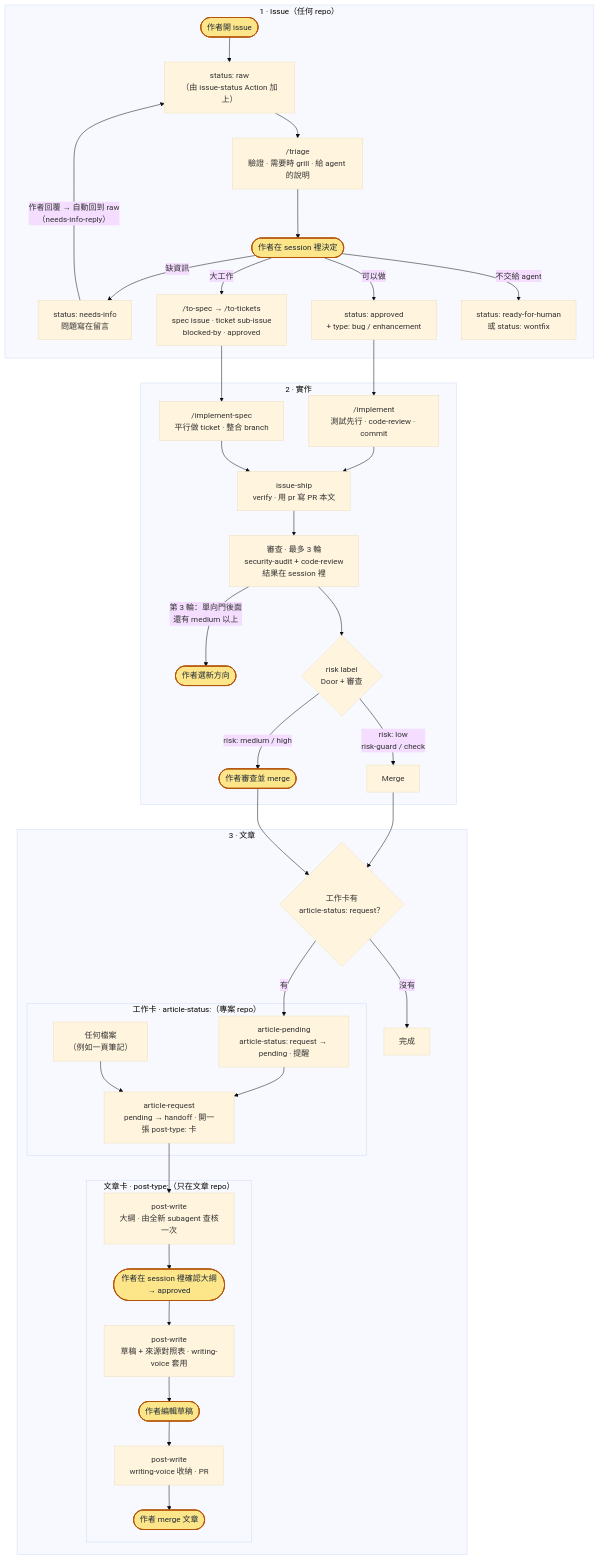
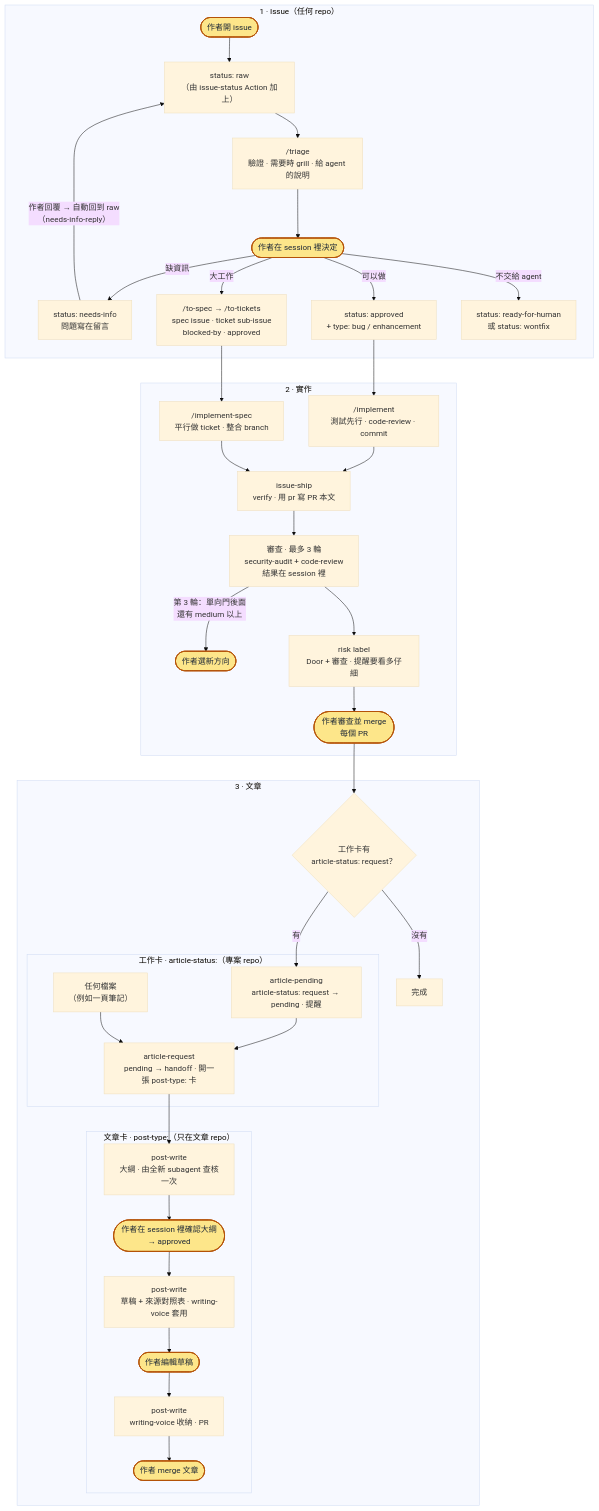
Before and after one commit to sean2249/skills: the first of 2 diagrams in README.zh-TW.md, drawn with Mermaid (base theme). The commit also changed other lines of this file and 17 other files, not shown here.

First line of the commit message:
Nothing merges automatically; retire risk-guard

````diff
--- a/README.zh-TW.md
+++ b/README.zh-TW.md
@@ -57,50 +57,48 @@
 ```mermaid
 flowchart TD
   subgraph ISSUE["1 · Issue（任何 repo）"]
     A(["作者開 issue"]):::author --> B["status: raw<br/>（由 issue-status Action 加上）"]
     B --> T["/triage<br/>驗證 · 需要時 grill · 給 agent 的說明"]
     T --> D(["作者在 session 裡決定"]):::author
     D -->|缺資訊| NI["status: needs-info<br/>問題寫在留言"]
     NI -->|"作者回覆 → 自動回到 raw<br/>（needs-info-reply）"| B
     D -->|可以做| AP["status: approved<br/>+ type: bug / enhancement"]
     D -->|大工作| SP["/to-spec → /to-tickets<br/>spec issue · ticket sub-issue<br/>blocked-by · approved"]
     D -->|"不交給 agent"| RH["status: ready-for-human<br/>或 status: wontfix"]
   end
 
   subgraph IMPL["2 · 實作"]
     AP --> I["/implement<br/>測試先行 · code-review · commit"]
     SP --> IS["/implement-spec<br/>平行做 ticket · 整合 branch"]
     I --> S["issue-ship<br/>verify · 用 pr 寫 PR 本文"]
     IS --> S
     S --> RV["審查 · 最多 3 輪<br/>security-audit + code-review<br/>結果在 session 裡"]
     RV -->|"第 3 輪：單向門後面<br/>還有 medium 以上"| BK(["作者選新方向"]):::author
-    RV --> K{"risk label<br/>Door + 審查"}
-    K -->|"risk: low<br/>risk-guard / check"| L["Merge"]
-    K -->|"risk: medium / high"| M(["作者審查並 merge"]):::author
+    RV --> K["risk label<br/>Door + 審查 · 提醒要看多仔細"]
+    K --> M(["作者審查並 merge<br/>每個 PR"]):::author
   end
 
   subgraph ART["3 · 文章"]
-    L --> N{"工作卡有<br/>article-status: request？"}
-    M --> N
+    M --> N{"工作卡有<br/>article-status: request？"}
     N -->|沒有| Z["完成"]
     subgraph WORK["工作卡 · article-status:（專案 repo）"]
       O["article-pending<br/>article-status: request → pending · 提醒"]
       Q["article-request<br/>pending → handoff · 開一張 post-type: 卡"]
       X["任何檔案<br/>（例如一頁筆記）"]
     end
     subgraph CARD["文章卡 · post-type:（只在文章 repo）"]
       U["post-write<br/>大綱 · 由全新 subagent 查核一次"]
       OC(["作者在 session 裡確認大綱<br/>→ approved"]):::author
       W["post-write<br/>草稿 + 來源對照表 · writing-voice 套用"]
       E(["作者編輯草稿"]):::author
       P["post-write<br/>writing-voice 收納 · PR"]
       V(["作者 merge 文章"]):::author
     end
     N -->|有| O
     O --> Q
     X --> Q
     Q --> U --> OC --> W --> E --> P --> V
   end
 
   classDef author fill:#fde68a,stroke:#b45309,color:#1f2937,stroke-width:2px
 ```
````
